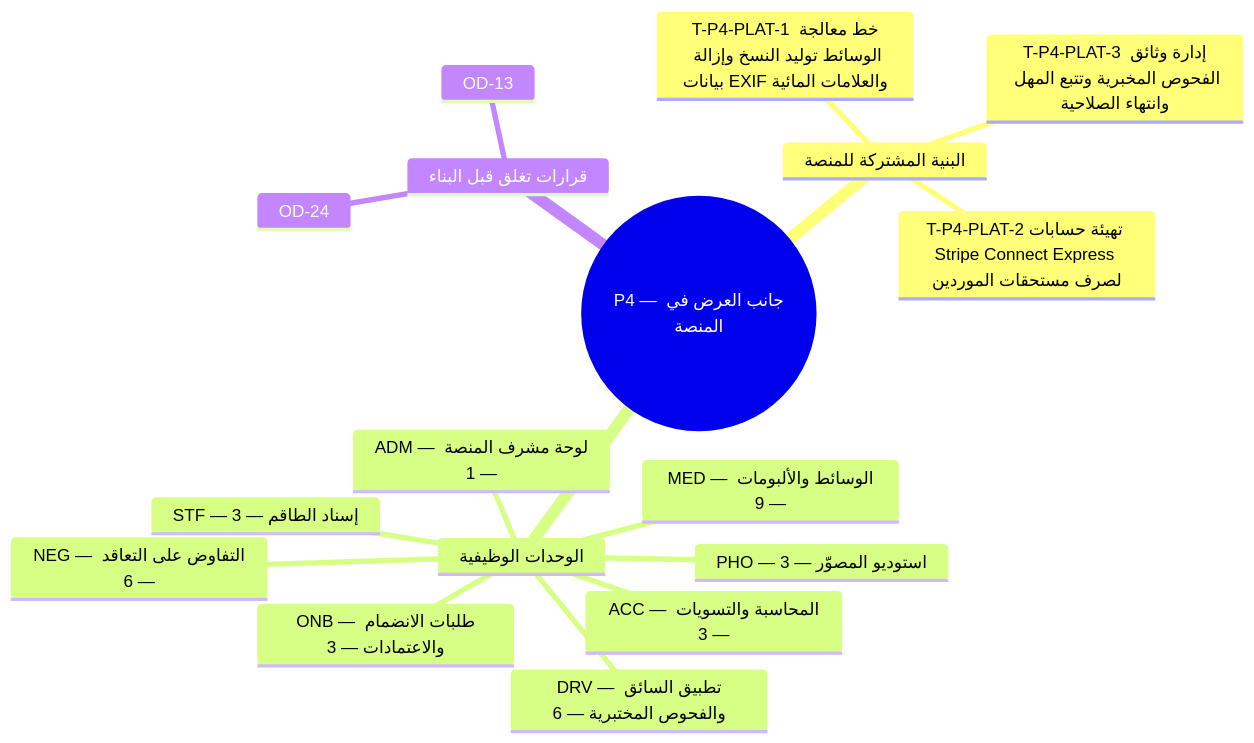
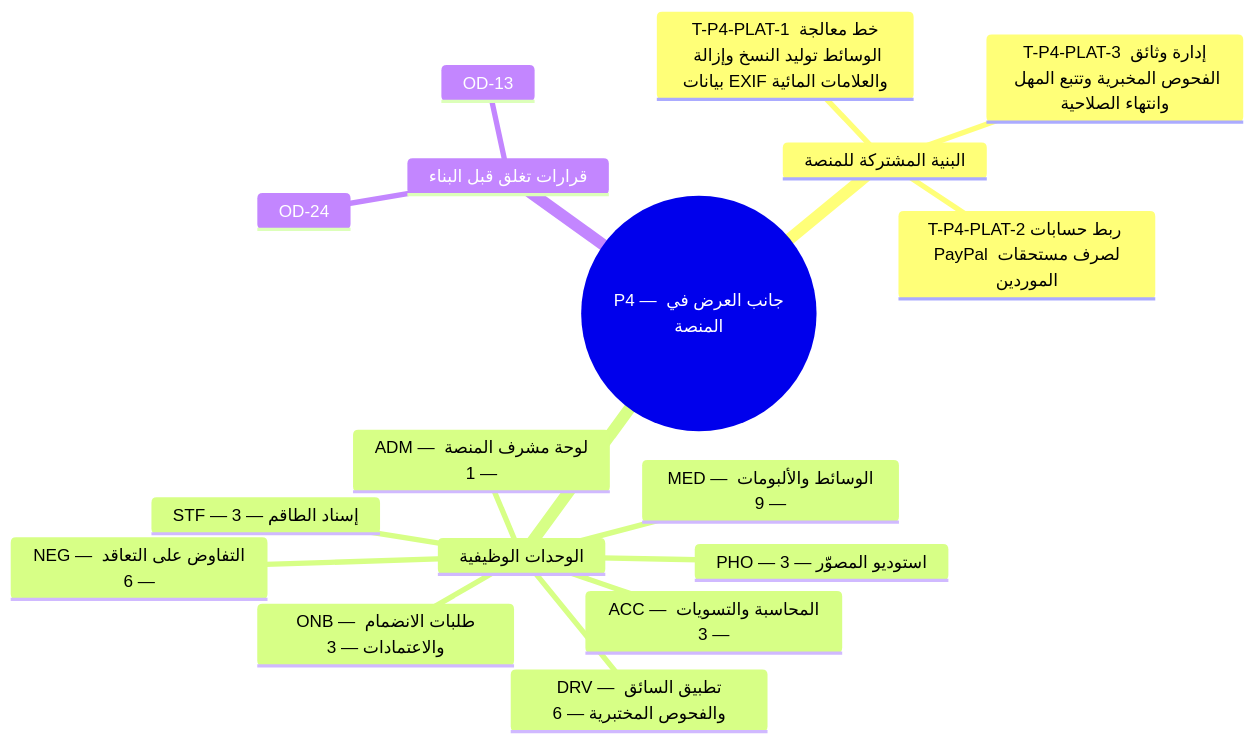
The diagram in content/docs/ar/plan/p4.mdx (mohamedhabibwork/trips-enjoy-docs), drawn with Mermaid before and after one commit. The commit also changed other lines of this file and 117 other files, not shown here.

````diff
--- a/content/docs/ar/plan/p4.mdx
+++ b/content/docs/ar/plan/p4.mdx
@@ -17,20 +17,20 @@
 ```mermaid
 mindmap
   root(("P4 — جانب العرض في المنصة"))
     البنية المشتركة للمنصة
       T-P4-PLAT-1 خط معالجة الوسائط توليد النسخ وإزالة بيانات EXIF والعلامات المائية
-      T-P4-PLAT-2 تهيئة حسابات Stripe Connect Express لصرف مستحقات الموردين
+      T-P4-PLAT-2 ربط حسابات PayPal لصرف مستحقات الموردين
       T-P4-PLAT-3 إدارة وثائق الفحوص المخبرية وتتبع المهل وانتهاء الصلاحية
     الوحدات الوظيفية
       ONB — طلبات الانضمام والاعتمادات — 3
       STF — إسناد الطاقم — 3
       NEG — التفاوض على التعاقد — 6
       MED — الوسائط والألبومات — 9
       PHO — استوديو المصوّر — 3
       DRV — تطبيق السائق والفحوص المختبرية — 6
       ADM — لوحة مشرف المنصة — 1
       ACC — المحاسبة والتسويات — 3
     قرارات تغلق قبل البناء
       OD-13
       OD-24
 ```
````
